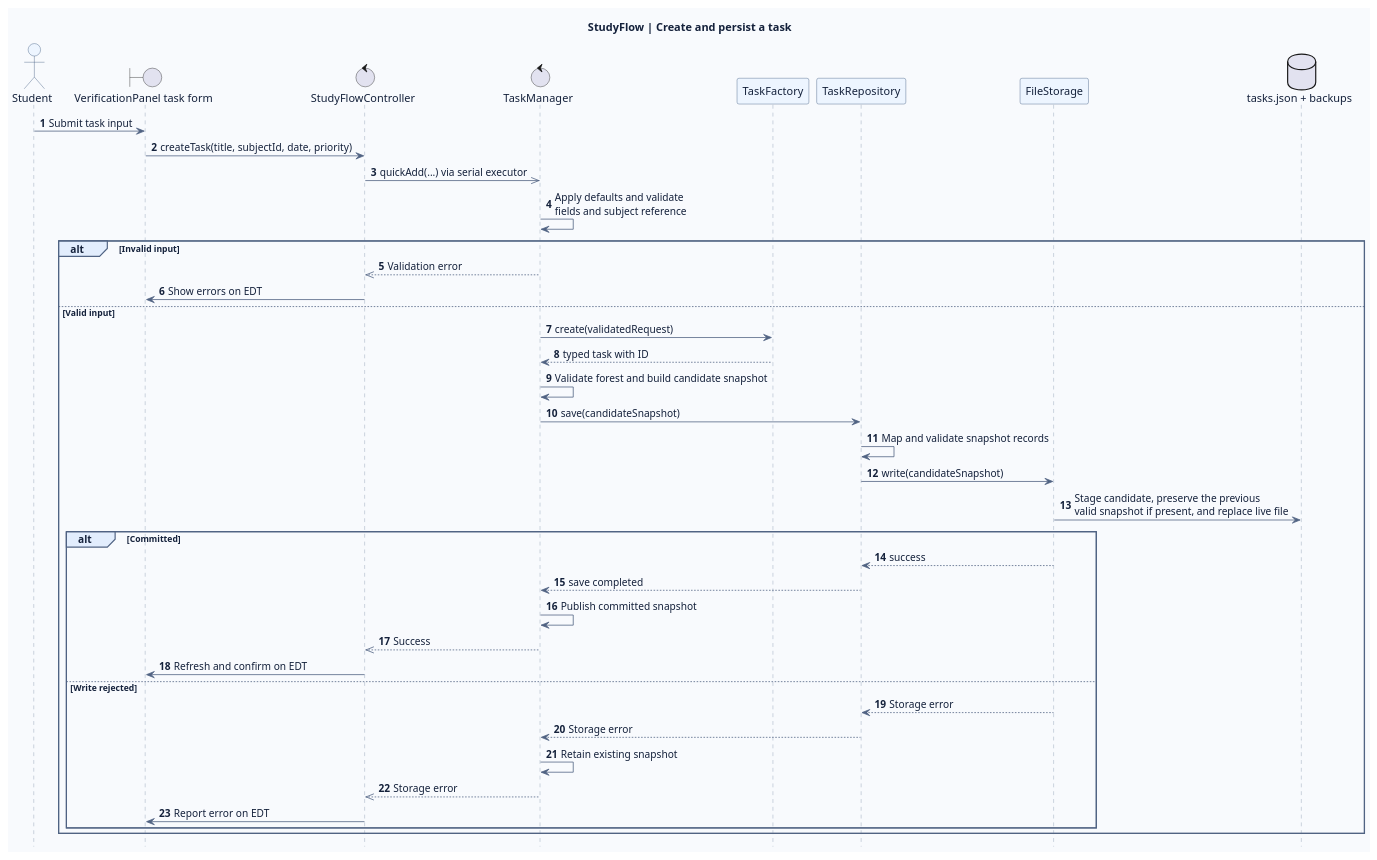
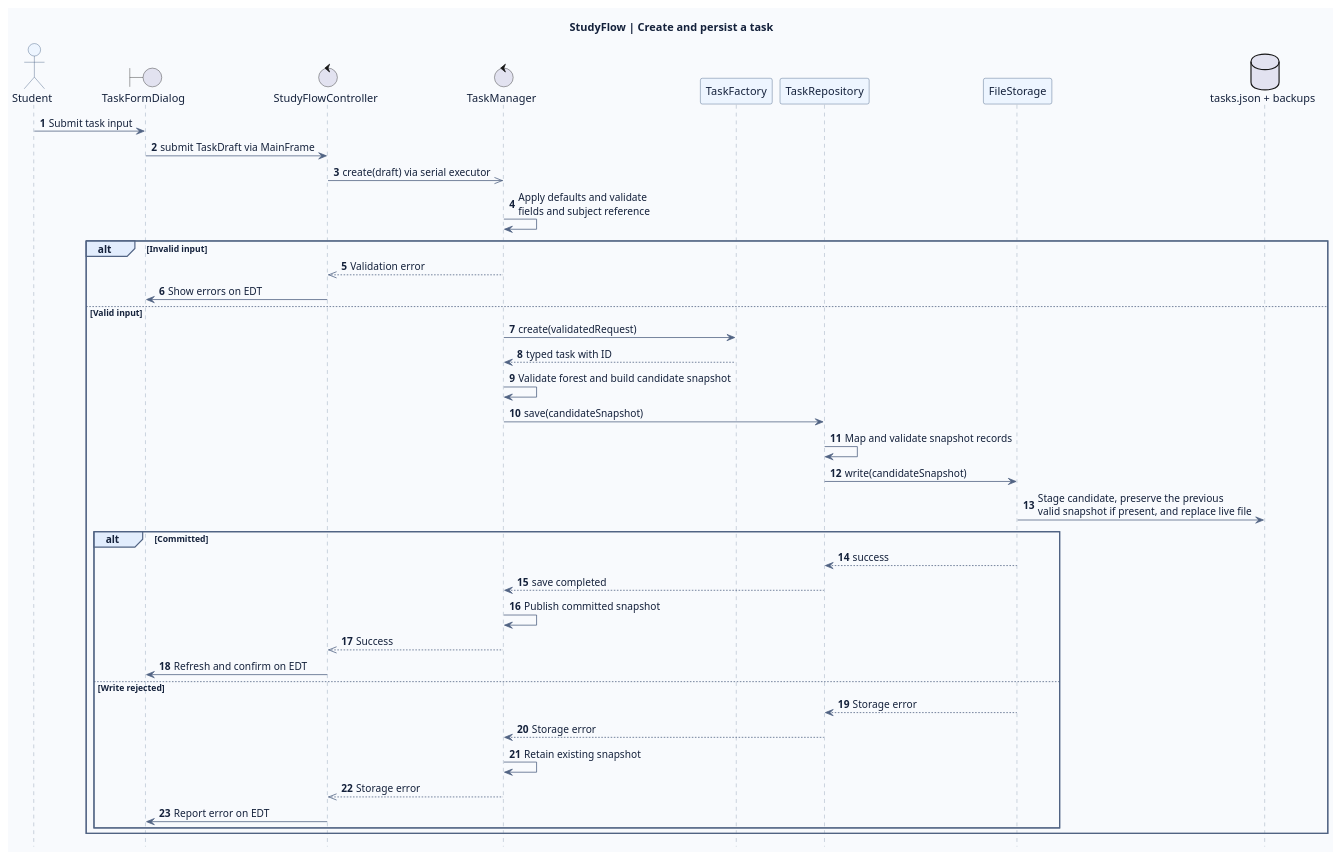
The diagram in docs/uml/sequence-diagram.puml (Dishitha09/StudyFlow), drawn with PlantUML before and after one commit. The commit also changed 31 other files, not shown here.

```diff
--- a/docs/uml/sequence-diagram.puml
+++ b/docs/uml/sequence-diagram.puml
@@ -1,57 +1,57 @@
 @startuml
 title StudyFlow | Create and persist a task
 skinparam backgroundColor #F8FAFD
 skinparam defaultFontName Segoe UI
 skinparam defaultFontColor #14213B
 skinparam shadowing false
 skinparam ArrowColor #506383
 skinparam sequenceParticipantBorderColor #345279
 skinparam sequenceParticipantBackgroundColor #EDF5FF
 skinparam sequenceActorBorderColor #345279
 skinparam sequenceActorBackgroundColor #EDF5FF
 skinparam sequenceLifeLineBorderColor #8295AD
 skinparam sequenceGroupBorderColor #506383
 skinparam sequenceGroupHeaderFontColor #14213B
 skinparam sequenceGroupBackgroundColor #E2EDFD
 hide footbox
 autonumber
 
 actor Student
-boundary "VerificationPanel task form" as View
+boundary TaskFormDialog as View
 control StudyFlowController as Controller
 control TaskManager as Manager
 participant TaskFactory as Factory
 participant TaskRepository as Repo
 participant FileStorage as Storage
 database "tasks.json + backups" as Disk
 
 Student -> View : Submit task input
-View -> Controller : createTask(title, subjectId, date, priority)
-Controller ->> Manager : quickAdd(...) via serial executor
+View -> Controller : submit TaskDraft via MainFrame
+Controller ->> Manager : create(draft) via serial executor
 Manager -> Manager : Apply defaults and validate\nfields and subject reference
 alt Invalid input
   Manager -->> Controller : Validation error
   Controller -> View : Show errors on EDT
 else Valid input
   Manager -> Factory : create(validatedRequest)
   Factory --> Manager : typed task with ID
   Manager -> Manager : Validate forest and build candidate snapshot
   Manager -> Repo : save(candidateSnapshot)
   Repo -> Repo : Map and validate snapshot records
   Repo -> Storage : write(candidateSnapshot)
   Storage -> Disk : Stage candidate, preserve the previous\nvalid snapshot if present, and replace live file
   alt Committed
     Storage --> Repo : success
     Repo --> Manager : save completed
     Manager -> Manager : Publish committed snapshot
     Manager -->> Controller : Success
     Controller -> View : Refresh and confirm on EDT
   else Write rejected
     Storage --> Repo : Storage error
     Repo --> Manager : Storage error
     Manager -> Manager : Retain existing snapshot
     Manager -->> Controller : Storage error
     Controller -> View : Report error on EDT
   end
 end
 @enduml
```
